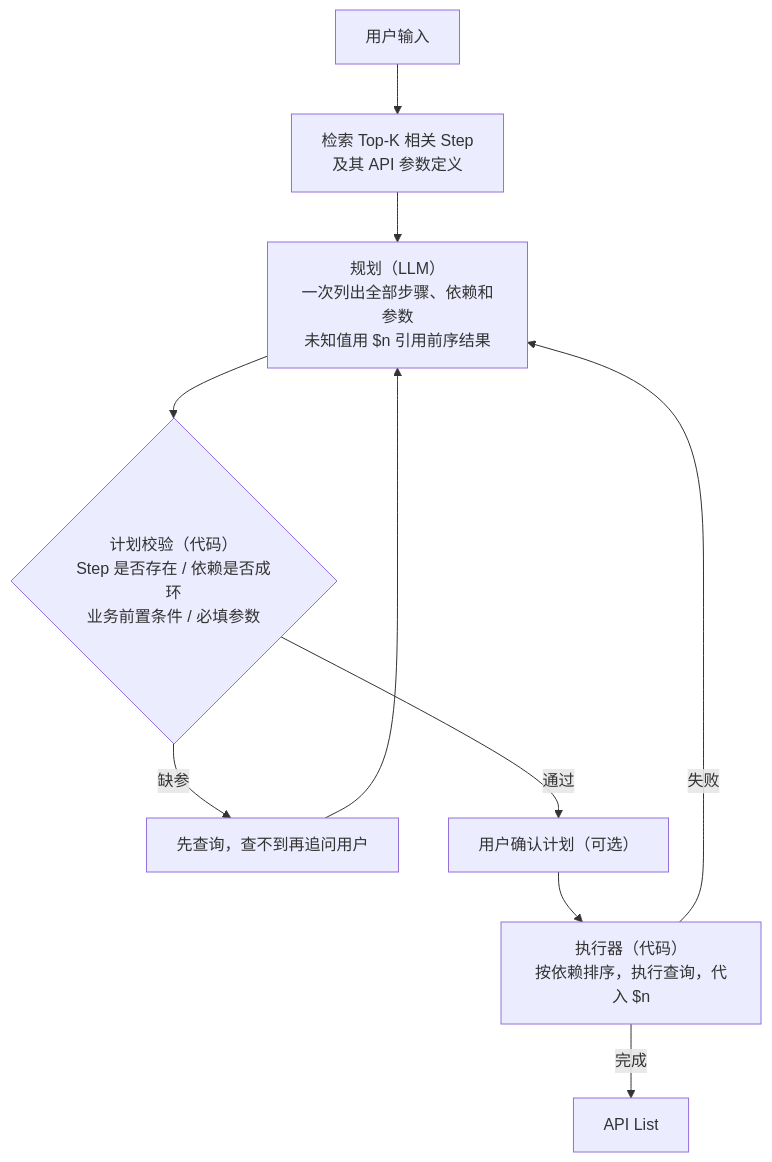
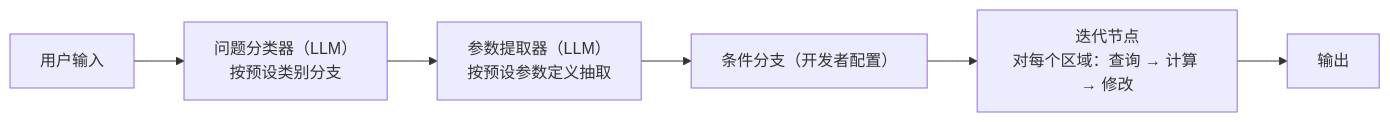
The second of 7 diagrams in docs/nl-to-executable-task.md (tobestrongest/HelloWorld), drawn with Mermaid before and after one commit. The commit also changed other lines of this file, not shown here.

````diff
--- a/docs/nl-to-executable-task.md
+++ b/docs/nl-to-executable-task.md
@@ -242,12 +67,8 @@
 ```mermaid
-flowchart TD
-    U["用户输入"] --> K["检索 Top-K 相关 Step<br/>及其 API 参数定义"]
-    K --> PL["规划（LLM）<br/>一次列出全部步骤、依赖和参数<br/>未知值用 $n 引用前序结果"]
-    PL --> C{"计划校验（代码）<br/>Step 是否存在 / 依赖是否成环<br/>业务前置条件 / 必填参数"}
-    C -- 缺参 --> Q["先查询，查不到再追问用户"]
-    Q --> PL
-    C -- 通过 --> CF["用户确认计划（可选）"]
-    CF --> EX["执行器（代码）<br/>按依赖排序，执行查询，代入 $n"]
-    EX -- 失败 --> PL
-    EX -- 完成 --> OUT["API List"]
+flowchart LR
+    U["用户输入"] --> QC["问题分类器（LLM）<br/>按预设类别分支"]
+    QC --> PE["参数提取器（LLM）<br/>按预设参数定义抽取"]
+    PE --> IF["条件分支（开发者配置）"]
+    IF --> IT["迭代节点<br/>对每个区域：查询 → 计算 → 修改"]
+    IT --> OUT["输出"]
 ```
````
